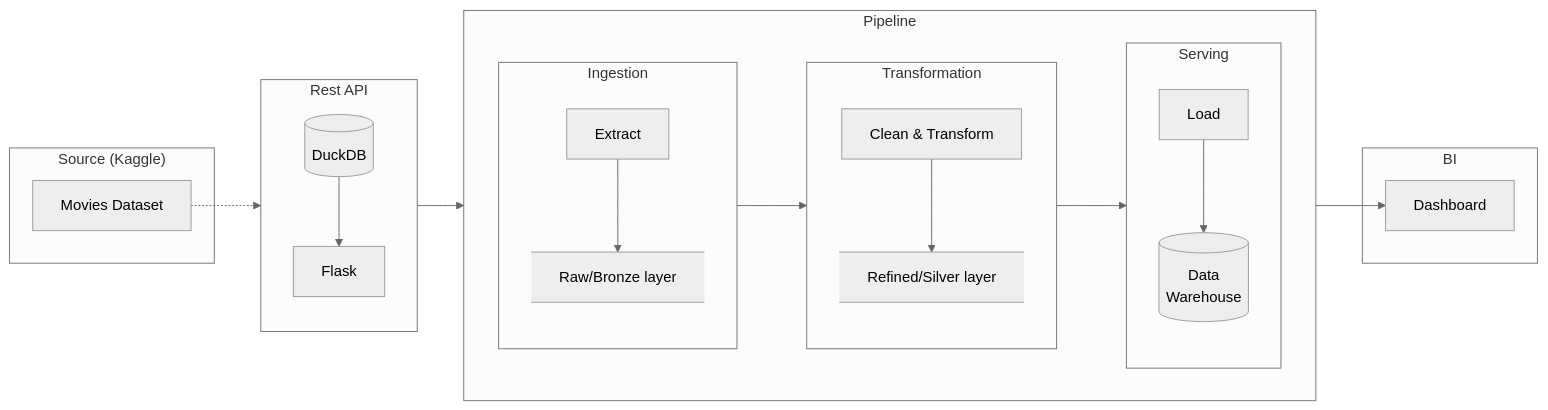
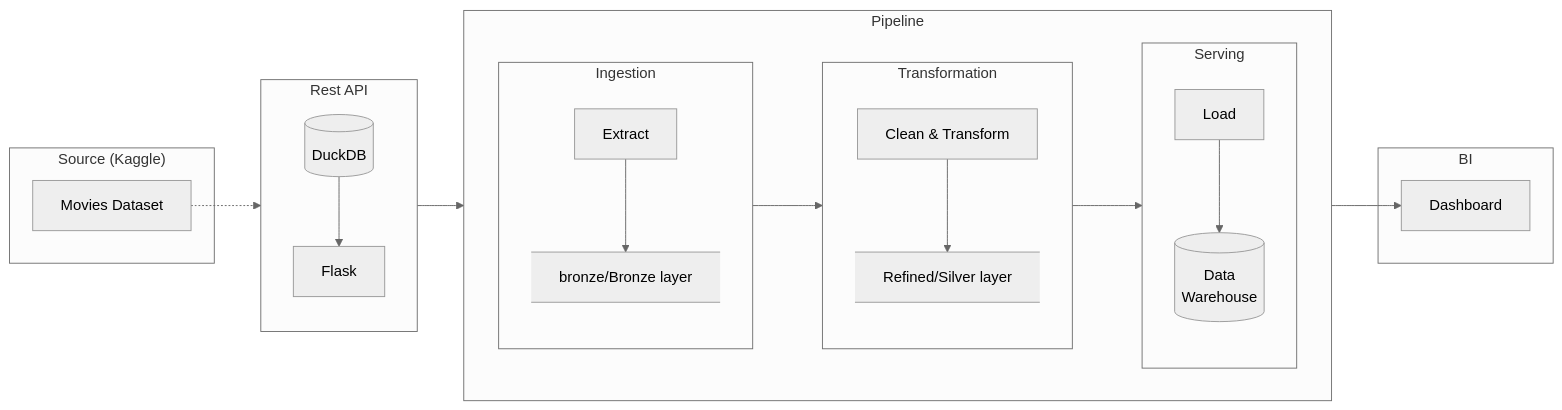
Before and after one commit to QuentinElGuay/portfolio-movies-etl: the diagram in README.md, drawn with Mermaid (neutral theme). The commit also changed other lines of this file and 13 other files, not shown here.

Commit message:
change the transform and load steps to load all datasets in the Data Warehouse using a star schema

````diff
--- a/README.md
+++ b/README.md
@@ -36,49 +36,49 @@
 ```mermaid
 flowchart LR
     subgraph "Source (Kaggle)"
         A[Movies Dataset]
     end
 
     subgraph Rest API
         direction TB
         B[(DuckDB)]
         C[Flask]
     end
 
     subgraph Pipeline
         direction LR
 
         subgraph Ingestion
             direction TB
             D["Extract"]
-            E@{shape: datastore, label: "Raw/Bronze layer"}
+            E@{shape: datastore, label: "bronze/Bronze layer"}
         end
 
         subgraph Transformation
             direction TB
             F["Clean & Transform"]
             G@{shape: datastore, label: "Refined/Silver layer"}
         end
 
         subgraph Serving
             direction TB
             H["Load"]
             I[(Data
             Warehouse)]
         end
     end
 
     subgraph BI
         J[Dashboard]
     end
 
     A -.-> B
     B --> C
     C --> D
     D --> E
     E --> F
     F --> G
     G --> H
     H --> I
     I --> J
 ```
````
